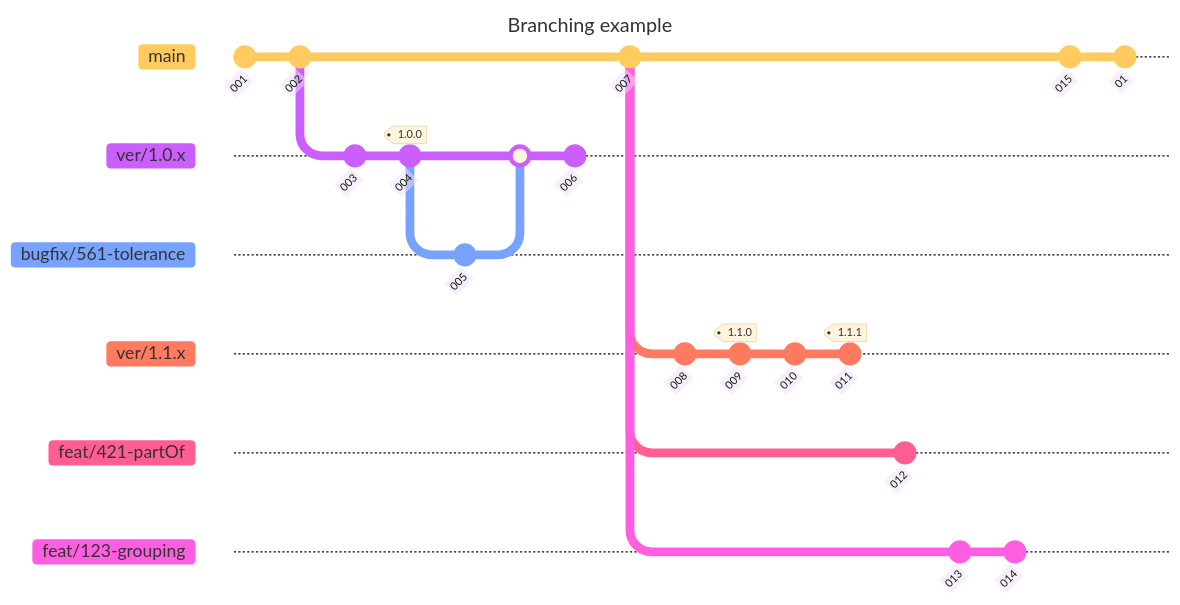
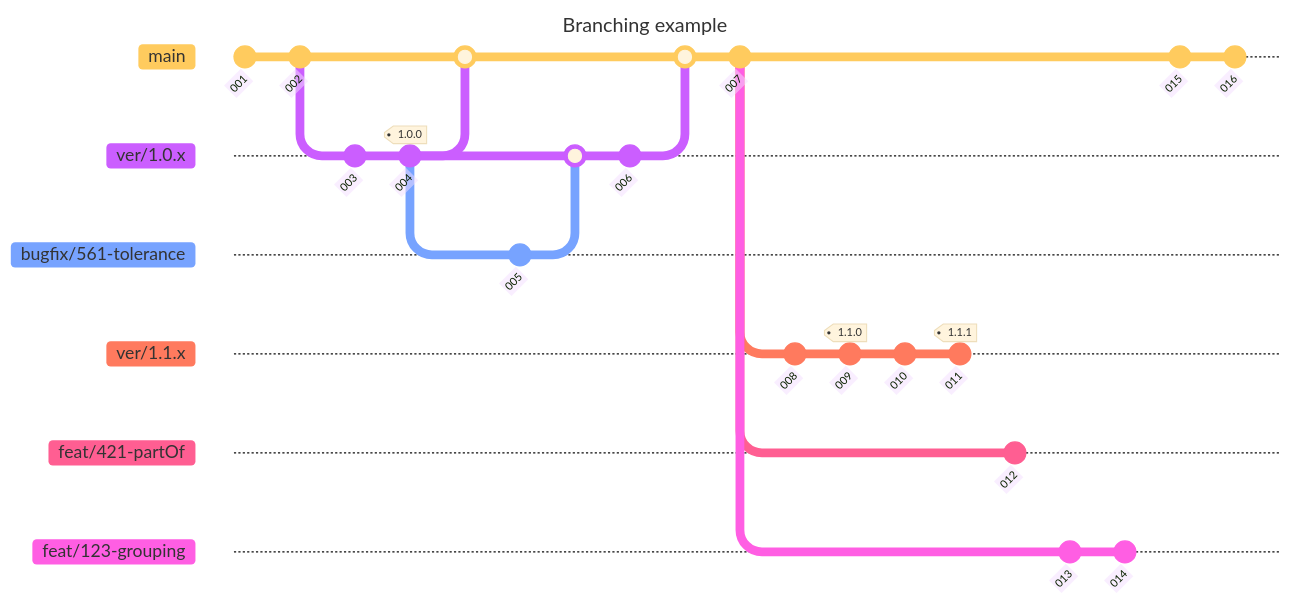
The diagram in .github/BRANCHING.md (buildingSMART/template), drawn with Mermaid before and after one commit.

````diff
--- a/.github/BRANCHING.md
+++ b/.github/BRANCHING.md
@@ -32,40 +32,44 @@
 ```mermaid
 ---
 title: Branching example
 config:
   theme: 'base'
 ---
 gitGraph
    commit id: "001"
    commit id: "002"
    branch ver/1.0.x
    checkout ver/1.0.x
    commit id: "003"
    commit id: "004" tag: "1.0.0"
+   checkout main
+   merge ver/1.0.x
+   checkout ver/1.0.x
    branch bugfix/561-tolerance
    checkout bugfix/561-tolerance
    commit id: "005"
    checkout ver/1.0.x
    merge bugfix/561-tolerance
    commit id: "006"
    checkout main
+   merge ver/1.0.x
    commit id: "007"
    branch ver/1.1.x 
    checkout ver/1.1.x 
    commit id: "008"
    commit id: "009" tag: "1.1.0"
    commit id: "010"
    commit id: "011" tag: "1.1.1"
    checkout main
    branch feat/421-partOf
    checkout feat/421-partOf
    commit id: "012"
    checkout main
    branch feat/123-grouping
    checkout feat/123-grouping
    commit id: "013"
    commit id: "014"
    checkout main   
    commit id: "015"
-   commit id: "01"
+   commit id: "016"
 ```
````
